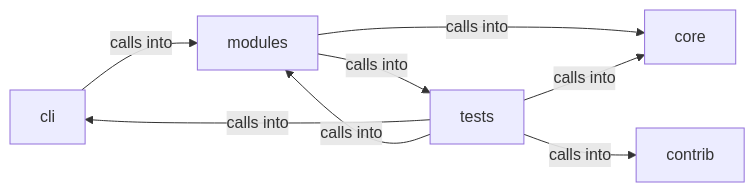
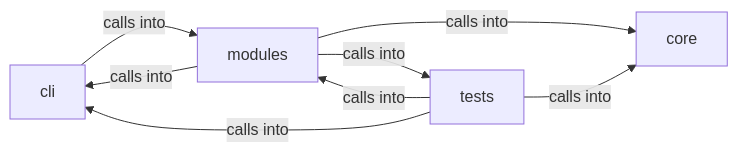
One commit to grisuno/LazyOwn changed the diagram in readmenator-diagrams/modules_chain_runner.md. Above: the diagram before and after it, drawn with Mermaid. The commit also changed other lines of this file and 496 other files, not shown here.

````diff
--- a/readmenator-diagrams/modules_chain_runner.md
+++ b/readmenator-diagrams/modules_chain_runner.md
@@ -5,15 +5,14 @@
 ```mermaid
 graph LR
     cli["cli"]
-    contrib["contrib"]
     core["core"]
     modules["modules"]
     tests["tests"]
     cli -- "calls into" --> modules
+    modules -- "calls into" --> cli
     modules -- "calls into" --> core
     modules -- "calls into" --> tests
     tests -- "calls into" --> cli
-    tests -- "calls into" --> contrib
     tests -- "calls into" --> core
     tests -- "calls into" --> modules
 ```
````
